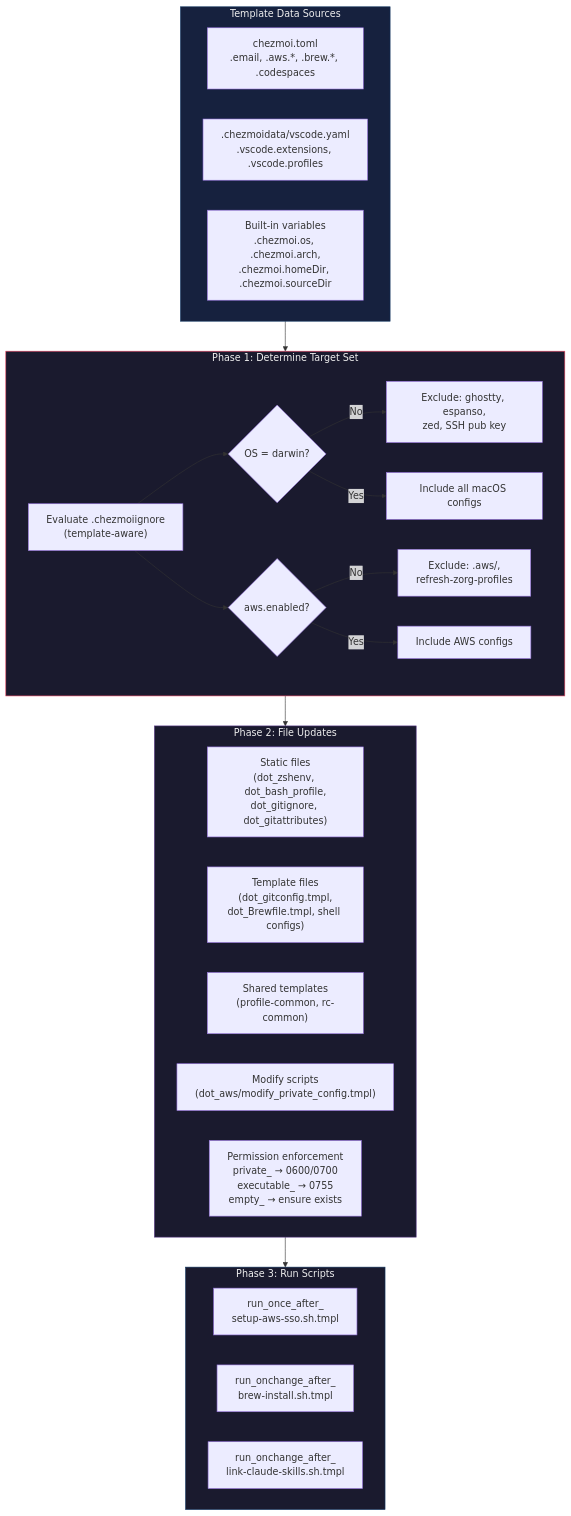
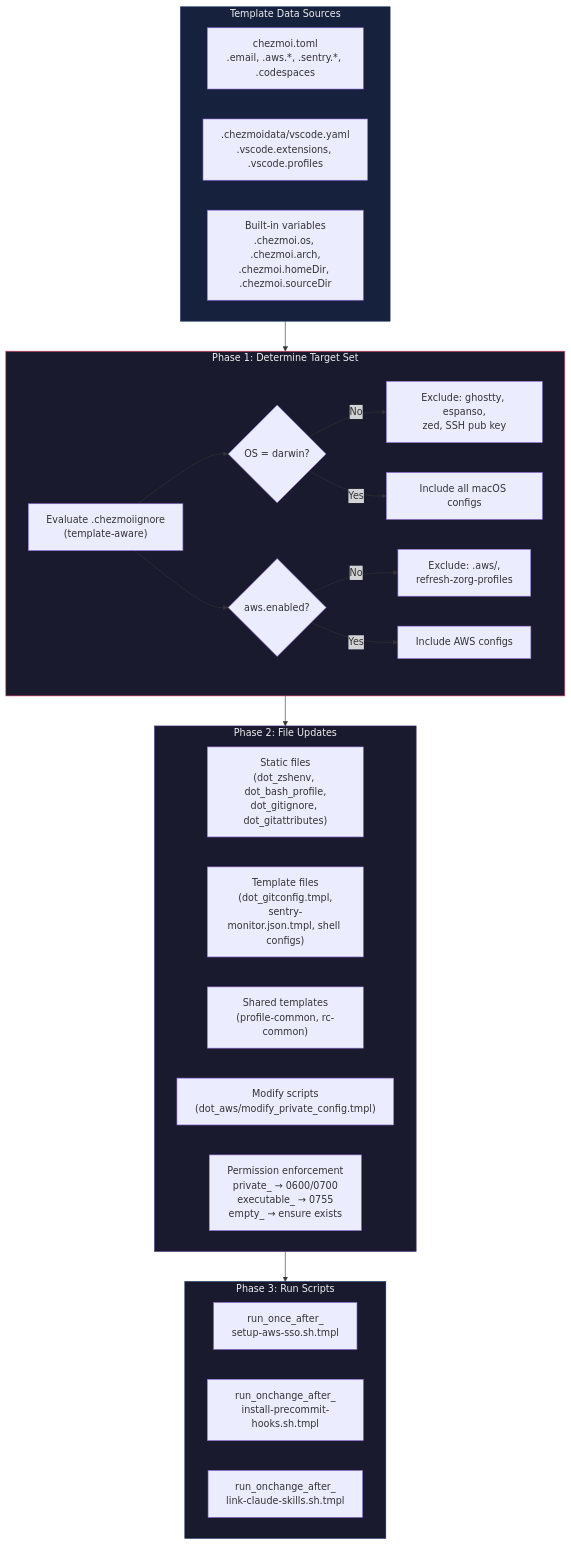
One commit to gillisandrew/dotfiles changed the diagram in docs/diagrams/03-apply.md. Above: the diagram before and after it, drawn with Mermaid. The commit also changed 29 other files, not shown here.

````diff
--- a/docs/diagrams/03-apply.md
+++ b/docs/diagrams/03-apply.md
@@ -5,41 +5,41 @@
 ```mermaid
 flowchart TD
     subgraph data ["Template Data Sources"]
-        TD1["chezmoi.toml<br/>.email, .aws.*, .brew.*, .codespaces"]
+        TD1["chezmoi.toml<br/>.email, .aws.*, .sentry.*, .codespaces"]
         TD2[".chezmoidata/vscode.yaml<br/>.vscode.extensions, .vscode.profiles"]
         TD3["Built-in variables<br/>.chezmoi.os, .chezmoi.arch,<br/>.chezmoi.homeDir, .chezmoi.sourceDir"]
     end
 
     subgraph phase1 ["Phase 1: Determine Target Set"]
         A["Evaluate .chezmoiignore<br/>(template-aware)"]
         A --> B{"OS = darwin?"}
         B -- No --> C["Exclude: ghostty, espanso,<br/>zed, SSH pub key"]
         B -- Yes --> D["Include all macOS configs"]
         A --> E{"aws.enabled?"}
         E -- No --> F["Exclude: .aws/,<br/>refresh-zorg-profiles"]
         E -- Yes --> G["Include AWS configs"]
     end
 
     subgraph phase2 ["Phase 2: File Updates"]
         H["Static files<br/>(dot_zshenv, dot_bash_profile,<br/>dot_gitignore, dot_gitattributes)"]
-        I["Template files<br/>(dot_gitconfig.tmpl,<br/>dot_Brewfile.tmpl, shell configs)"]
+        I["Template files<br/>(dot_gitconfig.tmpl,<br/>sentry-monitor.json.tmpl, shell configs)"]
         J["Shared templates<br/>(profile-common, rc-common)"]
         K["Modify scripts<br/>(dot_aws/modify_private_config.tmpl)"]
         L["Permission enforcement<br/>private_ → 0600/0700<br/>executable_ → 0755<br/>empty_ → ensure exists"]
     end
 
     subgraph phase3 ["Phase 3: Run Scripts"]
         M["run_once_after_<br/>setup-aws-sso.sh.tmpl"]
-        N["run_onchange_after_<br/>brew-install.sh.tmpl"]
+        N["run_onchange_after_<br/>install-precommit-hooks.sh.tmpl"]
         O["run_onchange_after_<br/>link-claude-skills.sh.tmpl"]
     end
 
     data --> phase1
     phase1 --> phase2
     phase2 --> phase3
 
     style data fill:#16213e,stroke:#0f3460,color:#eee
     style phase1 fill:#1a1a2e,stroke:#e94560,color:#eee
     style phase2 fill:#1a1a2e,stroke:#533483,color:#eee
     style phase3 fill:#1a1a2e,stroke:#0f3460,color:#eee
 ```
````
